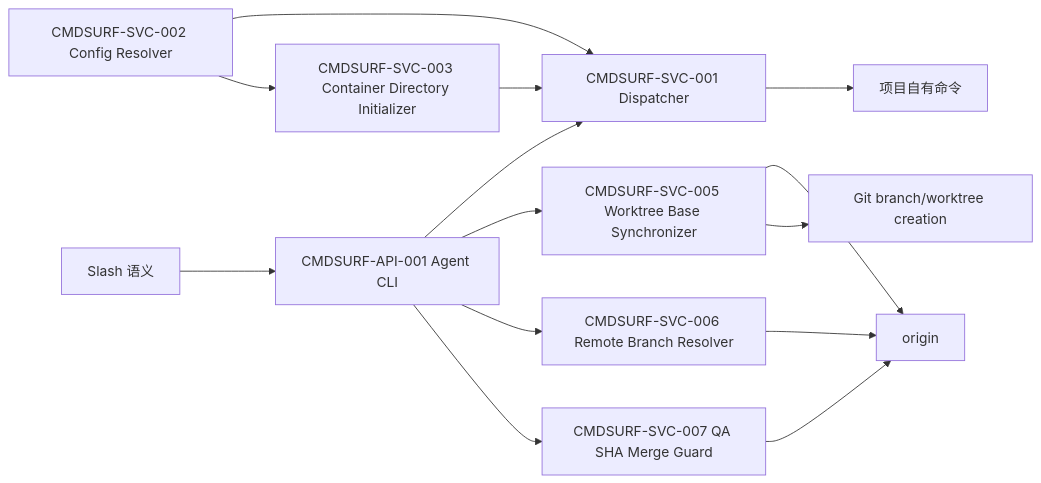
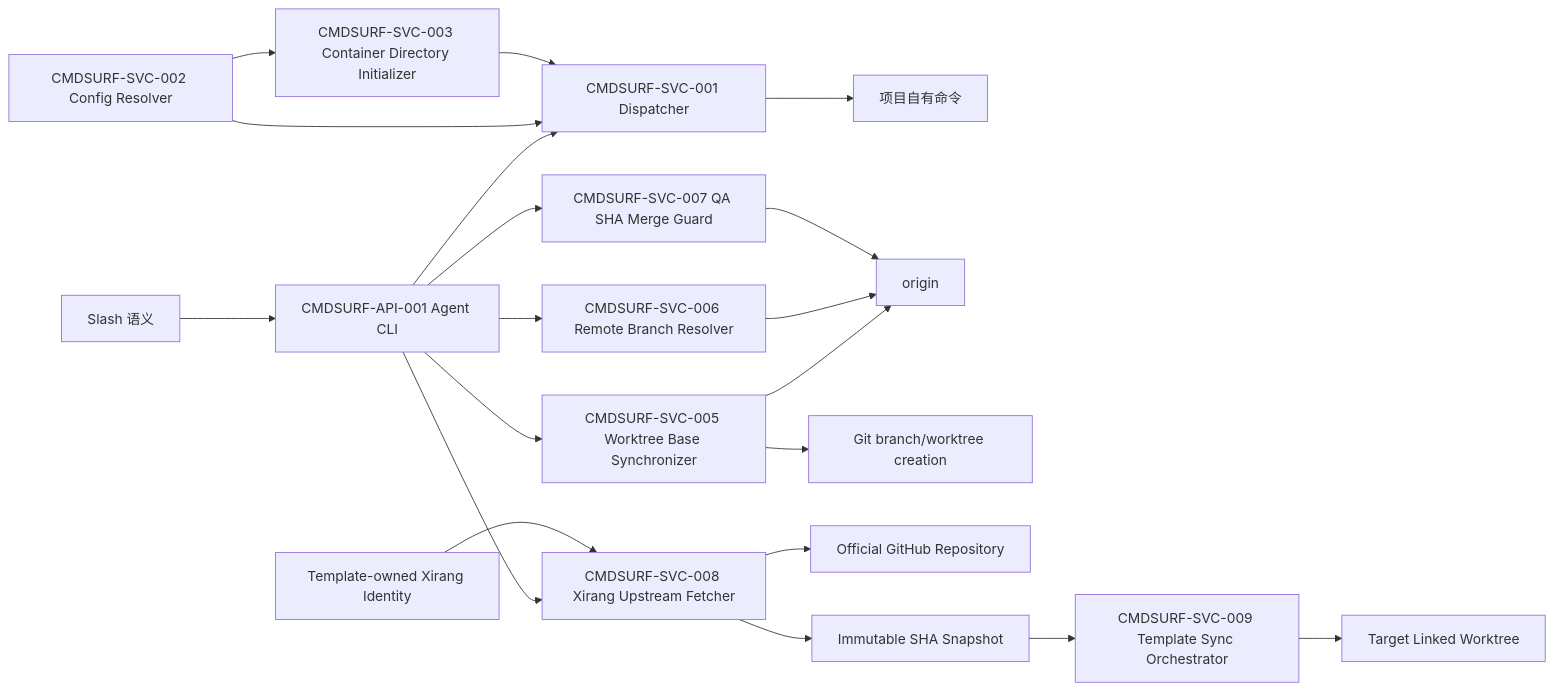
Before and after one commit to hollisyao2024/PromptsEngineering: the diagram in docs/arch-modules/template-command-surface/ARCH.md, drawn with Mermaid. The commit also changed other lines of this file and 33 other files, not shown here.

First line of the commit message:
chore: update from docs/prd-xirang-template-sync (#73)

````diff
--- a/docs/arch-modules/template-command-surface/ARCH.md
+++ b/docs/arch-modules/template-command-surface/ARCH.md
@@ -23,16 +24,22 @@
 ```mermaid
 flowchart LR
   S[Slash 语义] --> CLI[CMDSURF-API-001 Agent CLI]
   CLI --> DISPATCH[CMDSURF-SVC-001 Dispatcher]
   CFG[CMDSURF-SVC-002 Config Resolver] --> DISPATCH
   DIR[CMDSURF-SVC-003 Container Directory Initializer] --> DISPATCH
   CFG --> DIR
   DISPATCH --> CMD[项目自有命令]
   CLI --> BASE[CMDSURF-SVC-005 Worktree Base Synchronizer]
   BASE --> ORIGIN[origin]
   BASE --> WT[Git branch/worktree creation]
   CLI --> REMOTE[CMDSURF-SVC-006 Remote Branch Resolver]
   REMOTE --> ORIGIN
   CLI --> MERGE[CMDSURF-SVC-007 QA SHA Merge Guard]
   MERGE --> ORIGIN
+  CLI --> XF[CMDSURF-SVC-008 Xirang Upstream Fetcher]
+  XI[Template-owned Xirang Identity] --> XF
+  XF --> XG[Official GitHub Repository]
+  XF --> XS[Immutable SHA Snapshot]
+  XS --> XA[CMDSURF-SVC-009 Template Sync Orchestrator]
+  XA --> TW[Target Linked Worktree]
 ```
````
